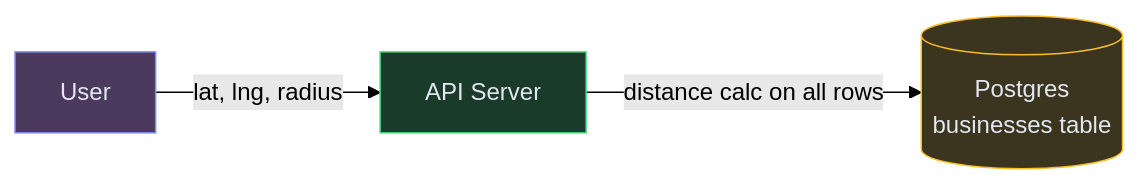
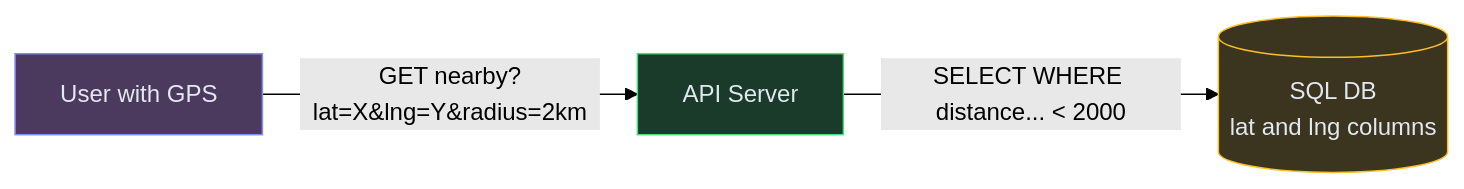
One commit to iluzn/HLD-Designs changed the first of 6 diagrams in content/hld/NearbyService.md. Above: the diagram before and after it, drawn with Mermaid (forest theme). The commit also changed other lines of this file and 26 other files, not shown here.

````diff
--- a/content/hld/NearbyService.md
+++ b/content/hld/NearbyService.md
@@ -25,13 +25,13 @@
 ```mermaid
 flowchart LR
-    USER["User"]:::client
+    USER["User with GPS"]:::client
     API["API Server"]:::service
-    DB[("Postgres<br/>businesses table")]:::data
+    DB[("SQL DB<br/>lat and lng columns")]:::data
 
-    USER -->|"lat, lng, radius"| API
-    API -->|distance calc on all rows| DB
+    USER -->|"GET nearby?lat=X&lng=Y&radius=2km"| API
+    API -->|"SELECT WHERE distance... < 2000"| DB
 
     classDef client fill:#4c3a5e,stroke:#818cf8,color:#e2e8f0
     classDef service fill:#1a3a2a,stroke:#4ade80,color:#e2e8f0
     classDef data fill:#3b3520,stroke:#fbbf24,color:#e2e8f0
 ```
````
